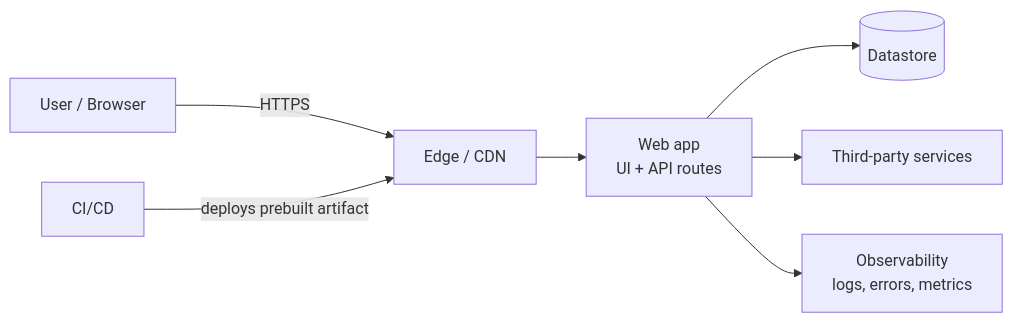
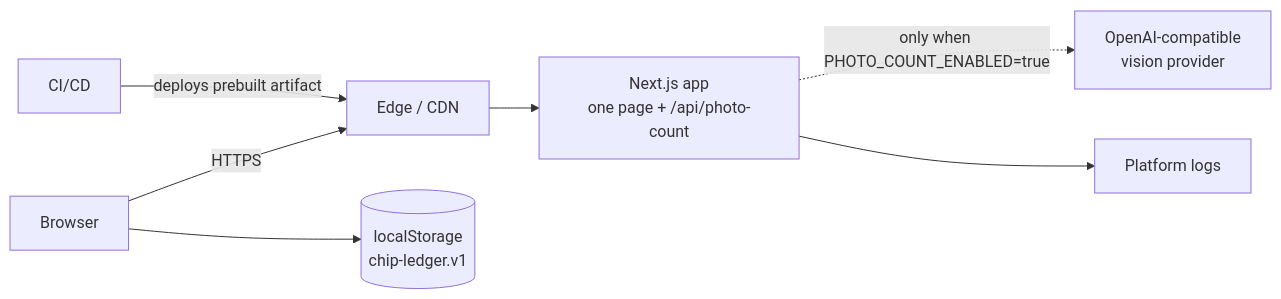
Before and after one commit to vicenteopaso/chip-ledger: the first of 2 diagrams in docs/ARCHITECTURE.md, drawn with Mermaid. The commit also changed other lines of this file and 19 other files, not shown here.

First line of the commit message:
docs: document the Chip Ledger app across governance docs

````diff
--- a/docs/ARCHITECTURE.md
+++ b/docs/ARCHITECTURE.md
@@ -16,9 +16,9 @@
 ```mermaid
 flowchart LR
-  U[User / Browser] -->|HTTPS| E[Edge / CDN]
-  E --> A[Web app<br/>UI + API routes]
-  A --> D[(Datastore)]
-  A --> X[Third-party services]
-  A --> O[Observability<br/>logs, errors, metrics]
+  U[Browser] -->|HTTPS| E[Edge / CDN]
+  E --> A[Next.js app<br/>one page + /api/photo-count]
+  U --> L[(localStorage<br/>chip-ledger.v1)]
+  A -.->|only when PHOTO_COUNT_ENABLED=true| X[OpenAI-compatible<br/>vision provider]
+  A --> O[Platform logs]
   CI[CI/CD] -->|deploys prebuilt artifact| E
 ```
````
